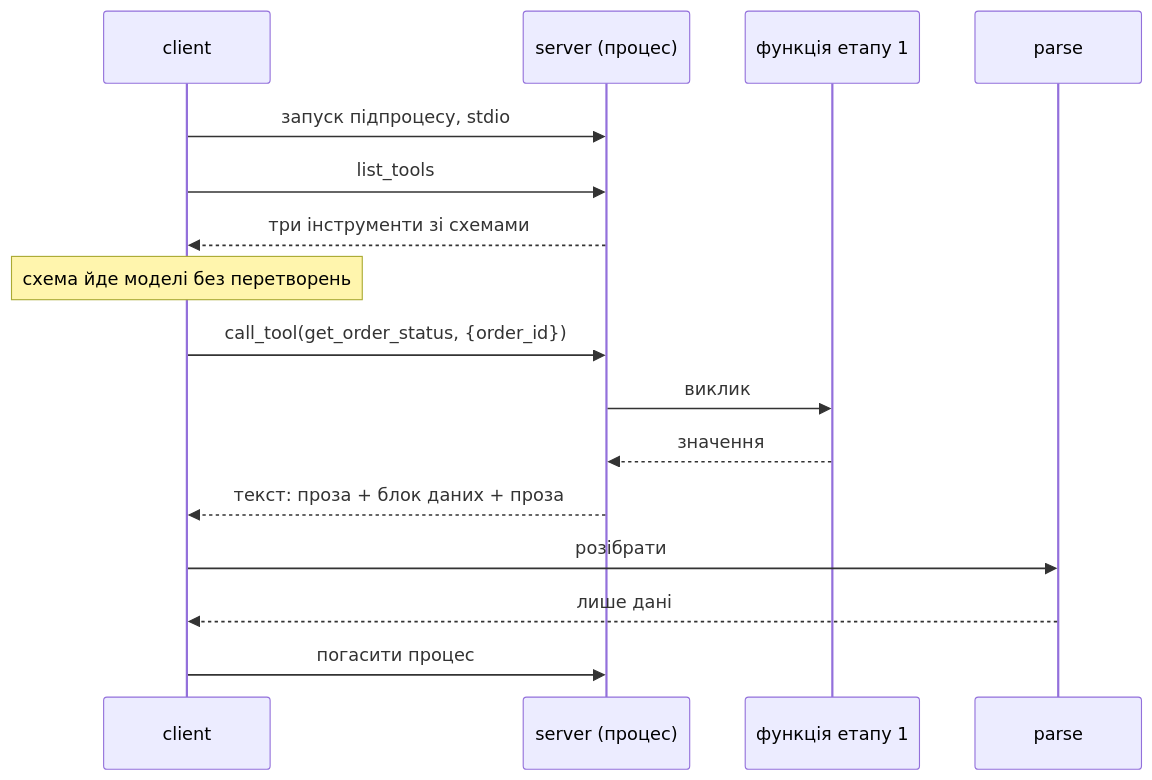
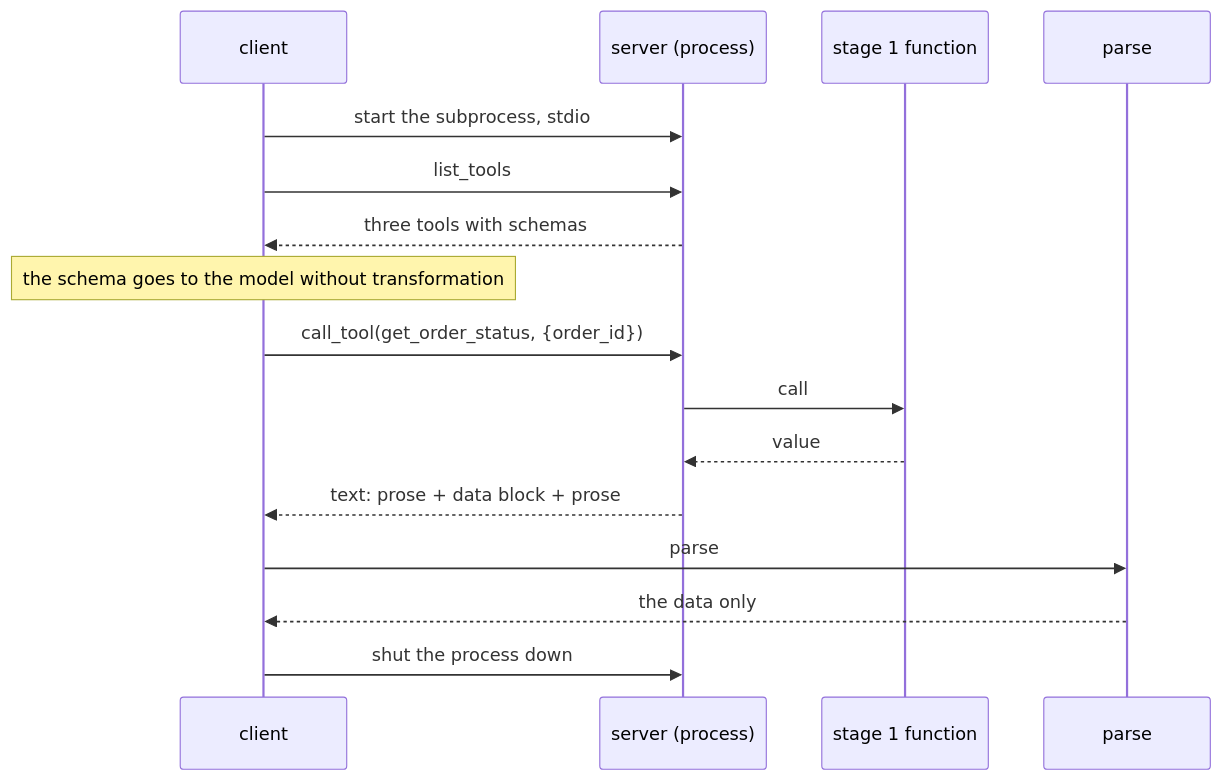
The third of 5 diagrams in docs/features/s04-mcp/sad.md (AZANIR/agentic-ai), drawn with Mermaid before and after one commit. The commit also changed other lines of this file and 245 other files, not shown here.

````diff
--- a/docs/features/s04-mcp/sad.md
+++ b/docs/features/s04-mcp/sad.md
@@ -132,19 +134,19 @@
 ```mermaid
 sequenceDiagram
     participant C as client
-    participant S as server (процес)
-    participant F as функція етапу 1
+    participant S as server (process)
+    participant F as stage 1 function
     participant P as parse
 
-    C->>S: запуск підпроцесу, stdio
+    C->>S: start the subprocess, stdio
     C->>S: list_tools
-    S-->>C: три інструменти зі схемами
-    Note over C: схема йде моделі без перетворень
+    S-->>C: three tools with schemas
+    Note over C: the schema goes to the model without transformation
     C->>S: call_tool(get_order_status, {order_id})
-    S->>F: виклик
-    F-->>S: значення
-    S-->>C: текст: проза + блок даних + проза
-    C->>P: розібрати
-    P-->>C: лише дані
-    C->>S: погасити процес
+    S->>F: call
+    F-->>S: value
+    S-->>C: text: prose + data block + prose
+    C->>P: parse
+    P-->>C: the data only
+    C->>S: shut the process down
 ```
````
